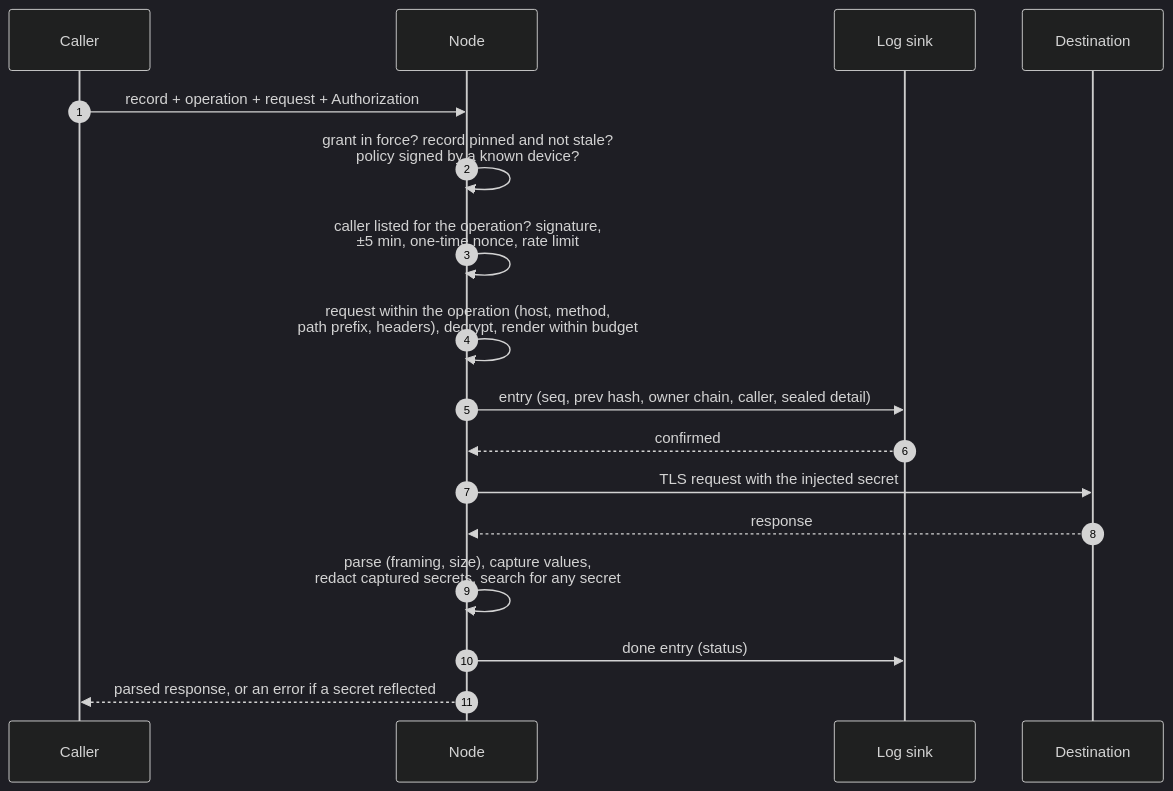
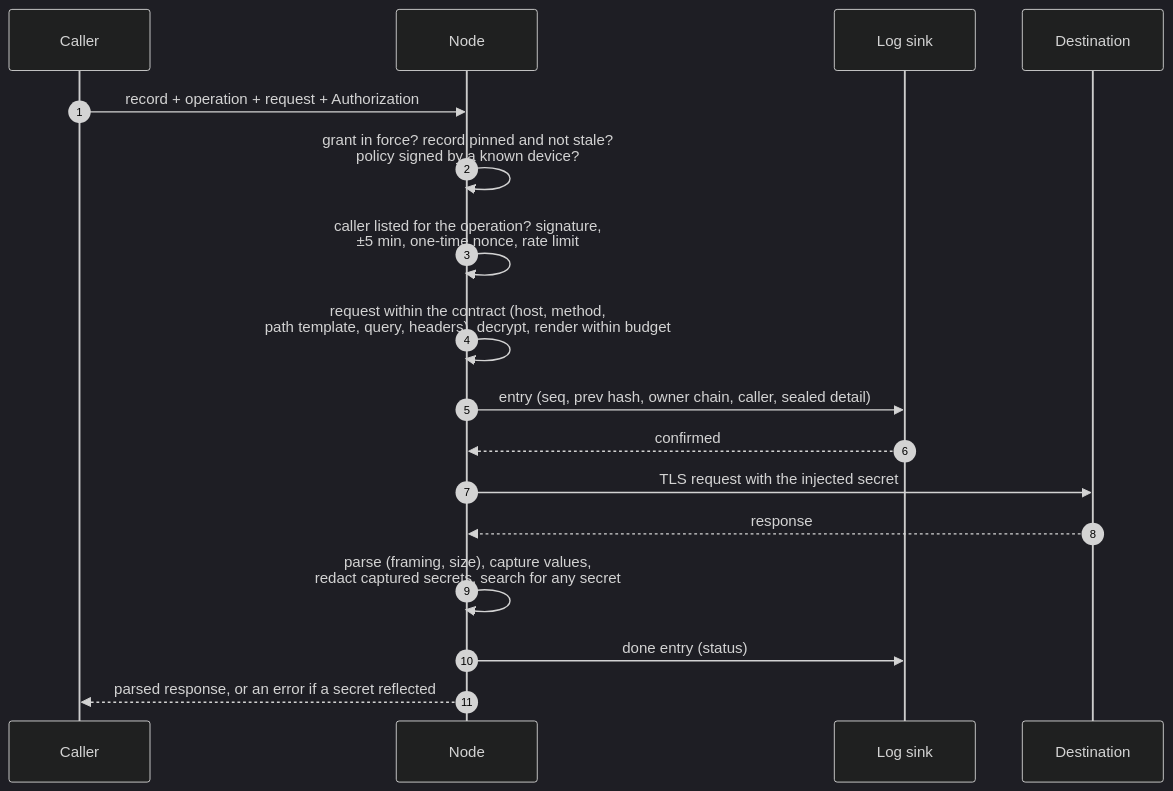
The second of 5 diagrams in README.md (BloubHQ/credentials), drawn with Mermaid (dark theme) before and after one commit. The commit also changed other lines of this file and 55 other files, not shown here.

````diff
--- a/README.md
+++ b/README.md
@@ -79,19 +79,19 @@
 ```mermaid
 sequenceDiagram
     autonumber
     participant C as Caller
     participant N as Node
     participant L as Log sink
     participant D as Destination
     C->>N: record + operation + request + Authorization
     N->>N: grant in force? record pinned and not stale?<br/>policy signed by a known device?
     N->>N: caller listed for the operation? signature,<br/>±5 min, one-time nonce, rate limit
-    N->>N: request within the operation (host, method,<br/>path prefix, headers), decrypt, render within budget
+    N->>N: request within the contract (host, method,<br/>path template, query, headers), decrypt, render within budget
     N->>L: entry (seq, prev hash, owner chain, caller, sealed detail)
     L-->>N: confirmed
     N->>D: TLS request with the injected secret
     D-->>N: response
     N->>N: parse (framing, size), capture values,<br/>redact captured secrets, search for any secret
     N->>L: done entry (status)
     N-->>C: parsed response, or an error if a secret reflected
 ```
````
